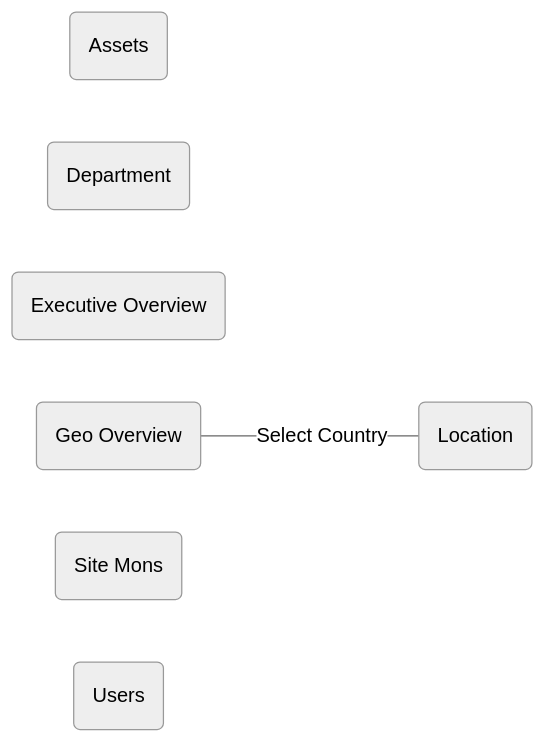
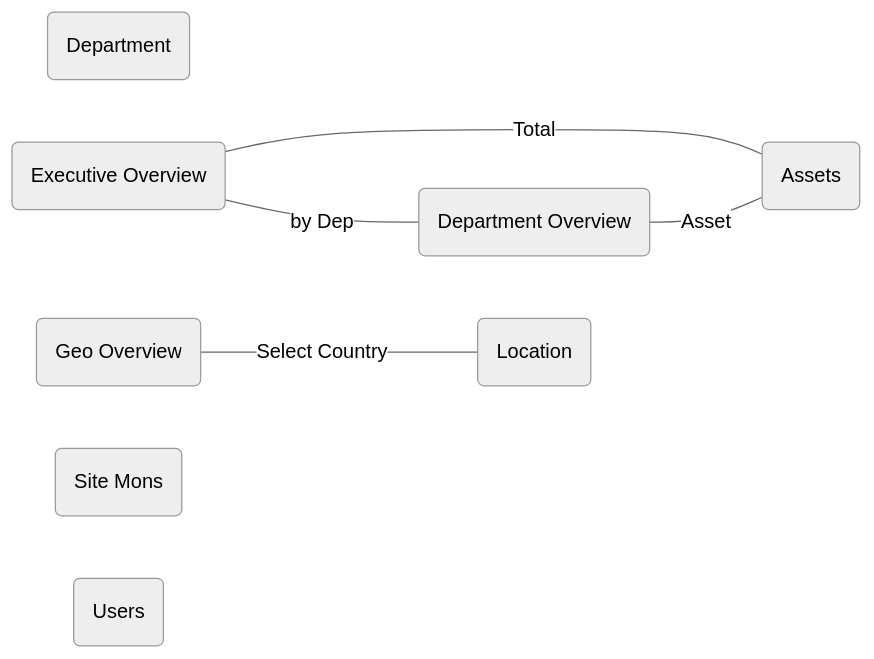
One commit to dd-Splunk/n-assets changed the diagram in Demo flow.md. Above: the diagram before and after it, drawn with Mermaid (neutral theme). The commit also changed 8 other files, not shown here.

````diff
--- a/Demo flow.md
+++ b/Demo flow.md
@@ -1,13 +1,17 @@
 ```mermaid
 flowchart LR
 A(Assets)
 D(Department)
+DO(Department Overview)
 X(Executive Overview)
 L(Location)
 O(Geo Overview)
 S(Site Mons)
 U(Users)
 
 O ---|Select Country|L
+X ---|Total|A
+X ---|by Dep|DO
+DO ---|Asset|A
 
 ```
````
